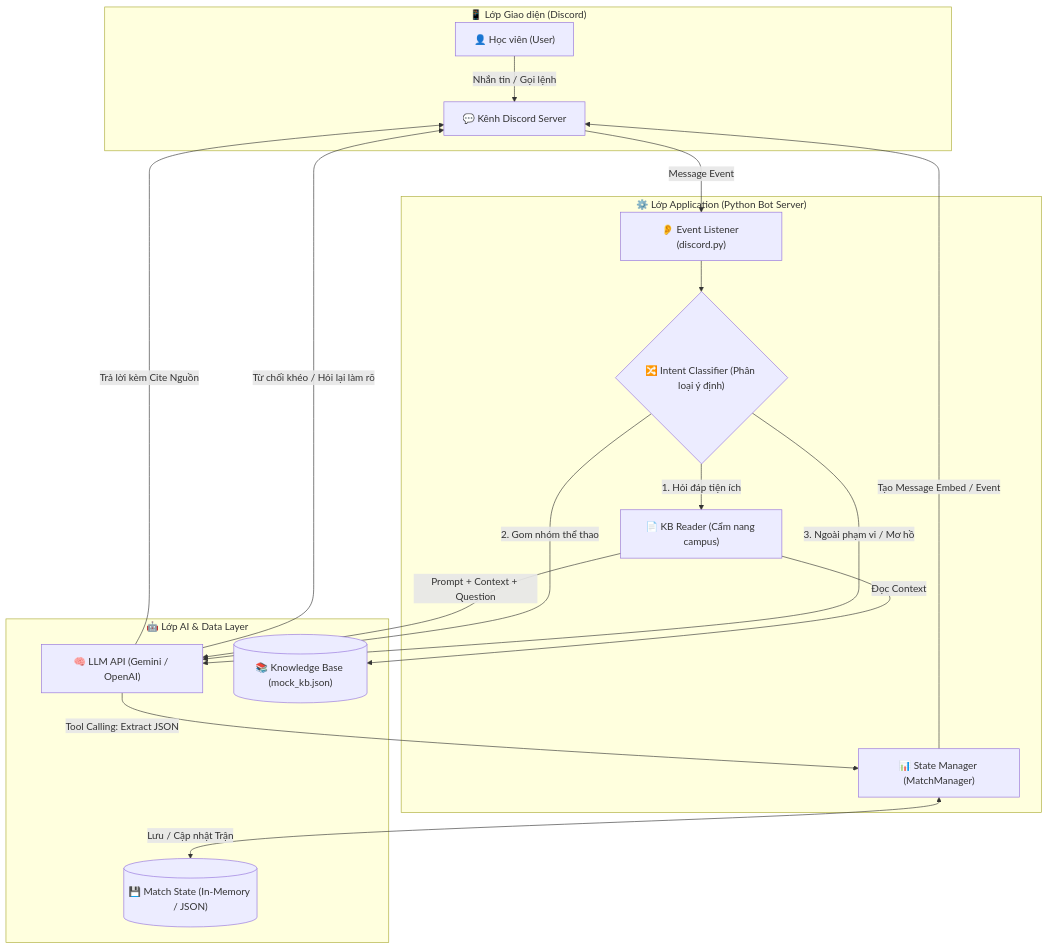
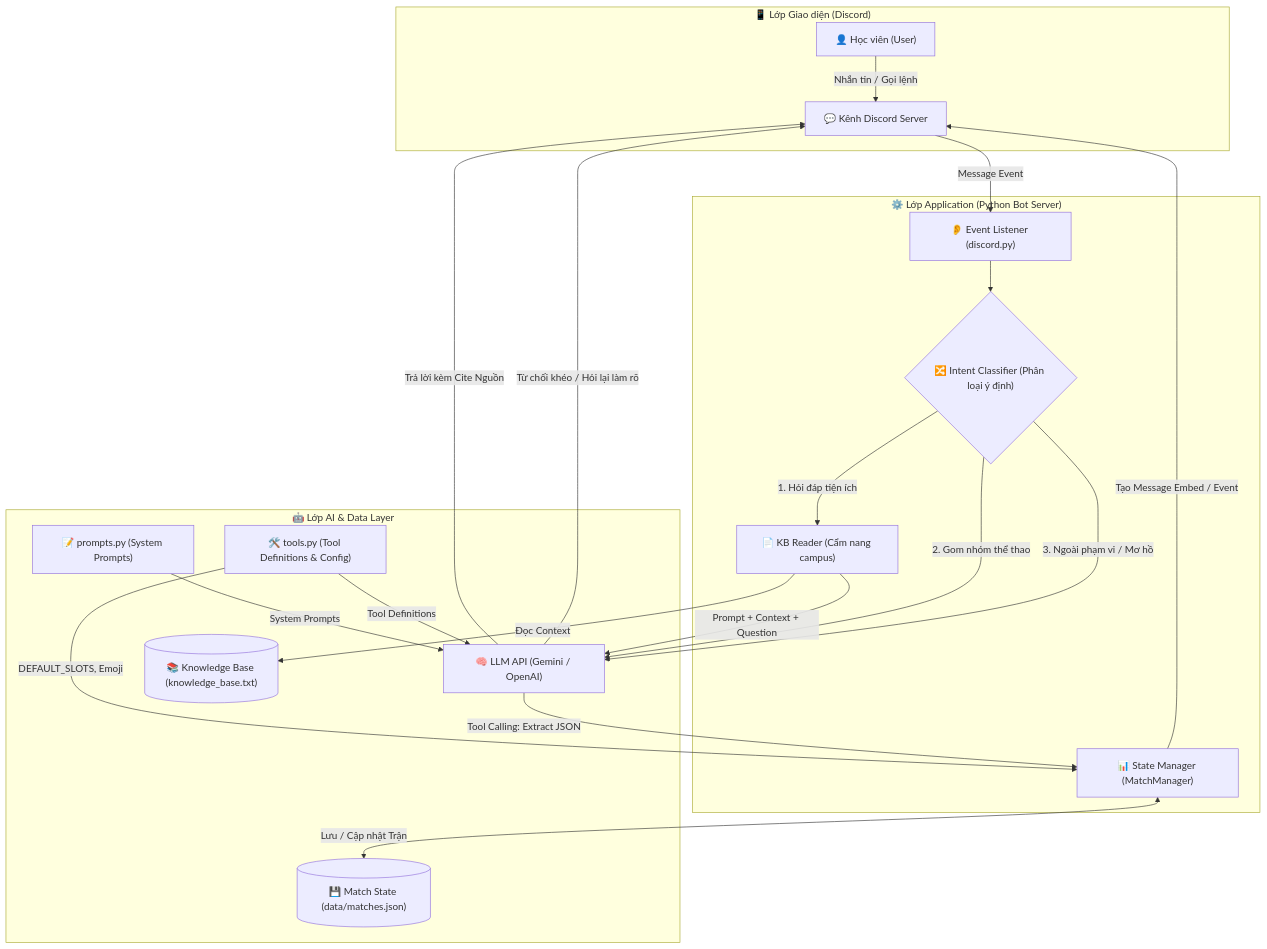
One commit to ThaiTu2602/K4-hackathon-LowTechNhat-E403 changed the first of 3 diagrams in architecture.md. Above: the diagram before and after it, drawn with Mermaid. The commit also changed other lines of this file and 12 other files, not shown here.

Commit message:
feat: refactor architecture, add JSON persistence and Slash commands

````diff
--- a/architecture.md
+++ b/architecture.md
@@ -30,40 +30,47 @@
 ```mermaid
 flowchart TD
     subgraph Discord_Interface["📱 Lớp Giao diện (Discord)"]
         User["👤 Học viên (User)"]
         Discord["💬 Kênh Discord Server"]
     end
 
     subgraph Bot_Server["⚙️ Lớp Application (Python Bot Server)"]
         EventListener["👂 Event Listener (discord.py)"]
         IntentRouter{"🔀 Intent Classifier (Phân loại ý định)"}
         StateManager["📊 State Manager (MatchManager)"]
         KB_Reader["📄 KB Reader (Cẩm nang campus)"]
     end
 
     subgraph AI_Data_Layer["🤖 Lớp AI & Data Layer"]
         LLM["🧠 LLM API (Gemini / OpenAI)"]
-        KB[("📚 Knowledge Base (mock_kb.json)")]
-        MatchDB[("💾 Match State (In-Memory / JSON)")]
+        KB[("📚 Knowledge Base (knowledge_base.txt)")]
+        MatchDB[("💾 Match State (data/matches.json)")]
+        Prompts["📝 prompts.py (System Prompts)"]
+        Tools["🛠️ tools.py (Tool Definitions & Config)"]
     end
 
     User -->|Nhắn tin / Gọi lệnh| Discord
     Discord -->|Message Event| EventListener
     EventListener --> IntentRouter
 
     %% Branch 1: Q&A
     IntentRouter -->|1. Hỏi đáp tiện ích| KB_Reader
     KB_Reader -->|Đọc Context| KB
     KB_Reader -->|Prompt + Context + Question| LLM
     LLM -->|Trả lời kèm Cite Nguồn| Discord
 
+    %% Config
+    Prompts -->|System Prompts| LLM
+    Tools -->|Tool Definitions| LLM
+    Tools -->|DEFAULT_SLOTS, Emoji| StateManager
+
     %% Branch 2: Matchmaking
     IntentRouter -->|2. Gom nhóm thể thao| LLM
     LLM -->|Tool Calling: Extract JSON| StateManager
     StateManager <-->|Lưu / Cập nhật Trận| MatchDB
     StateManager -->|Tạo Message Embed / Event| Discord
 
     %% Branch 3: Out of Scope / Ambiguous
     IntentRouter -->|3. Ngoài phạm vi / Mơ hồ| LLM
     LLM -->|Từ chối khéo / Hỏi lại làm rõ| Discord
 ```
````
